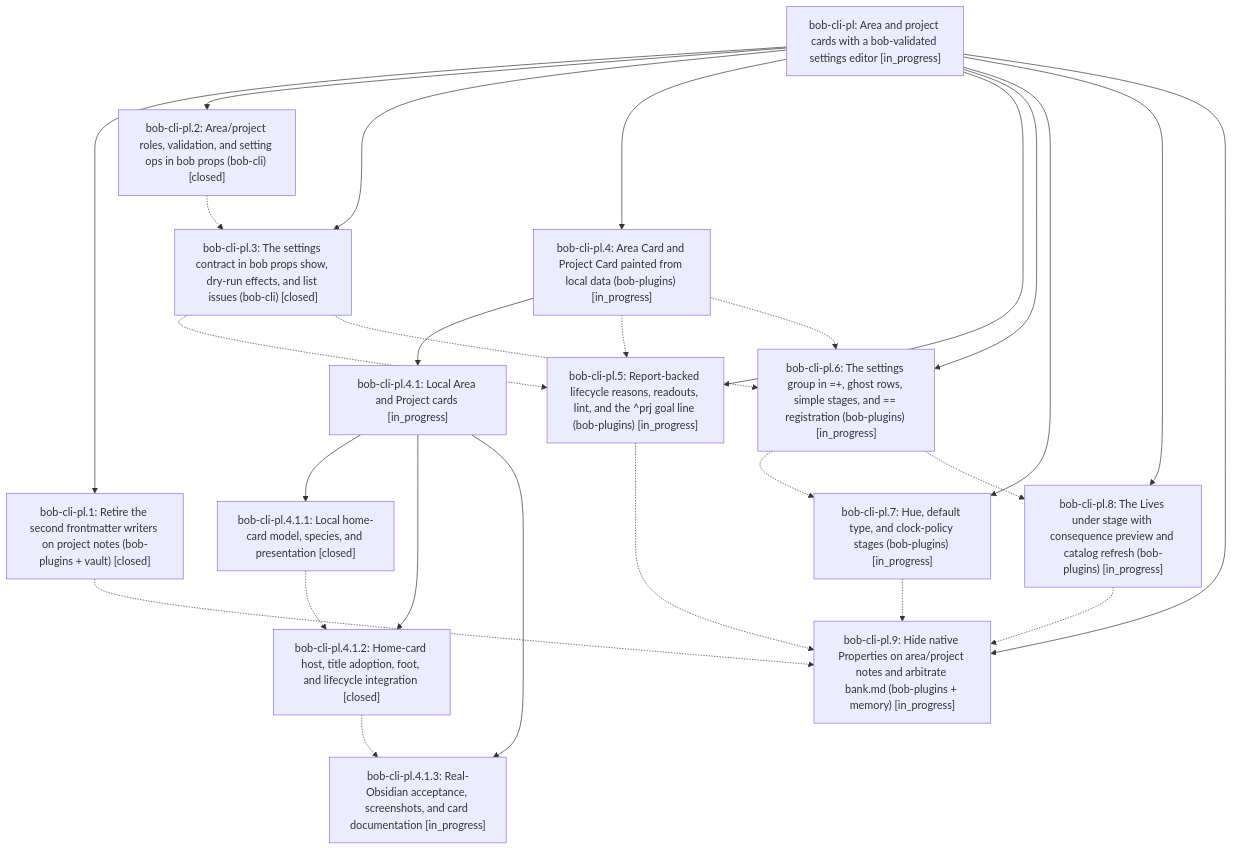
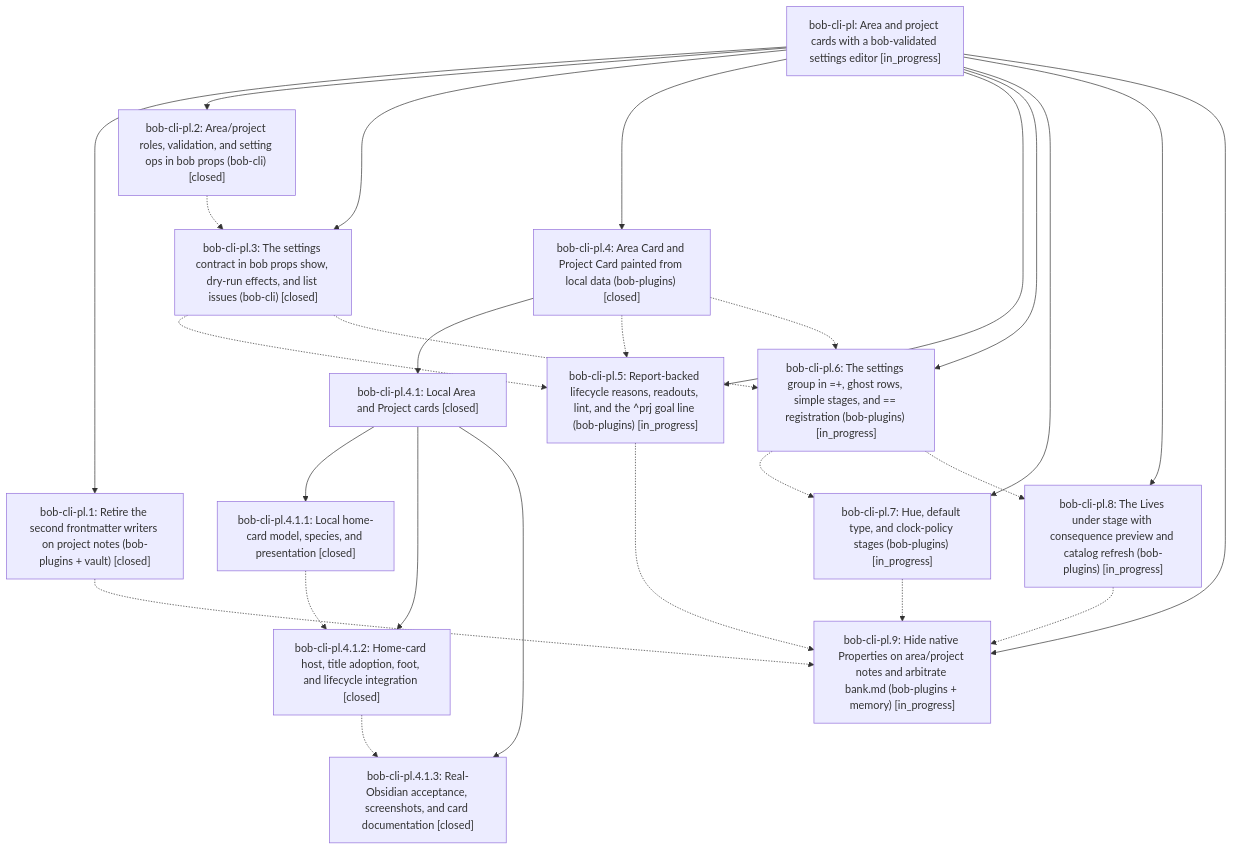
Before and after one commit to bobs-org/bob-cli--beads: the diagram in pages/bob-cli-pl/README.md, drawn with Mermaid. The commit also changed other lines of this file and 8 other files, not shown here.

First line of the commit message:
chore(beads): sync bead state and pages for bob-cli-pl

````diff
--- a/pages/bob-cli-pl/README.md
+++ b/pages/bob-cli-pl/README.md
@@ -50,43 +50,43 @@
 ```mermaid
 flowchart TD
     n0["bob-cli-pl: Area and project cards with a bob-validated settings editor [in_progress]"]
     n1["bob-cli-pl.1: Retire the second frontmatter writers on project notes (bob-plugins + vault) [closed]"]
     n2["bob-cli-pl.2: Area/project roles, validation, and setting ops in bob props (bob-cli) [closed]"]
     n3["bob-cli-pl.3: The settings contract in bob props show, dry-run effects, and list issues (bob-cli) [closed]"]
-    n4["bob-cli-pl.4: Area Card and Project Card painted from local data (bob-plugins) [in_progress]"]
-    n5["bob-cli-pl.4.1: Local Area and Project cards [in_progress]"]
+    n4["bob-cli-pl.4: Area Card and Project Card painted from local data (bob-plugins) [closed]"]
+    n5["bob-cli-pl.4.1: Local Area and Project cards [closed]"]
     n6["bob-cli-pl.4.1.1: Local home-card model, species, and presentation [closed]"]
     n7["bob-cli-pl.4.1.2: Home-card host, title adoption, foot, and lifecycle integration [closed]"]
-    n8["bob-cli-pl.4.1.3: Real-Obsidian acceptance, screenshots, and card documentation [in_progress]"]
+    n8["bob-cli-pl.4.1.3: Real-Obsidian acceptance, screenshots, and card documentation [closed]"]
     n9["bob-cli-pl.5: Report-backed lifecycle reasons, readouts, lint, and the ^prj goal line (bob-plugins) [in_progress]"]
     n10["bob-cli-pl.6: The settings group in =+, ghost rows, simple stages, and == registration (bob-plugins) [in_progress]"]
     n11["bob-cli-pl.7: Hue, default type, and clock-policy stages (bob-plugins) [in_progress]"]
     n12["bob-cli-pl.8: The Lives under stage with consequence preview and catalog refresh (bob-plugins) [in_progress]"]
     n13["bob-cli-pl.9: Hide native Properties on area/project notes and arbitrate bank.md (bob-plugins + memory) [in_progress]"]
     n0 --> n1
     n0 --> n2
     n0 --> n3
     n0 --> n4
     n4 --> n5
     n5 --> n6
     n5 --> n7
     n5 --> n8
     n0 --> n9
     n0 --> n10
     n0 --> n11
     n0 --> n12
     n0 --> n13
     n1 -.-> n13
     n2 -.-> n3
     n3 -.-> n9
     n3 -.-> n10
     n4 -.-> n9
     n4 -.-> n10
     n6 -.-> n7
     n7 -.-> n8
     n9 -.-> n13
     n10 -.-> n11
     n10 -.-> n12
     n11 -.-> n13
     n12 -.-> n13
 ```
````
